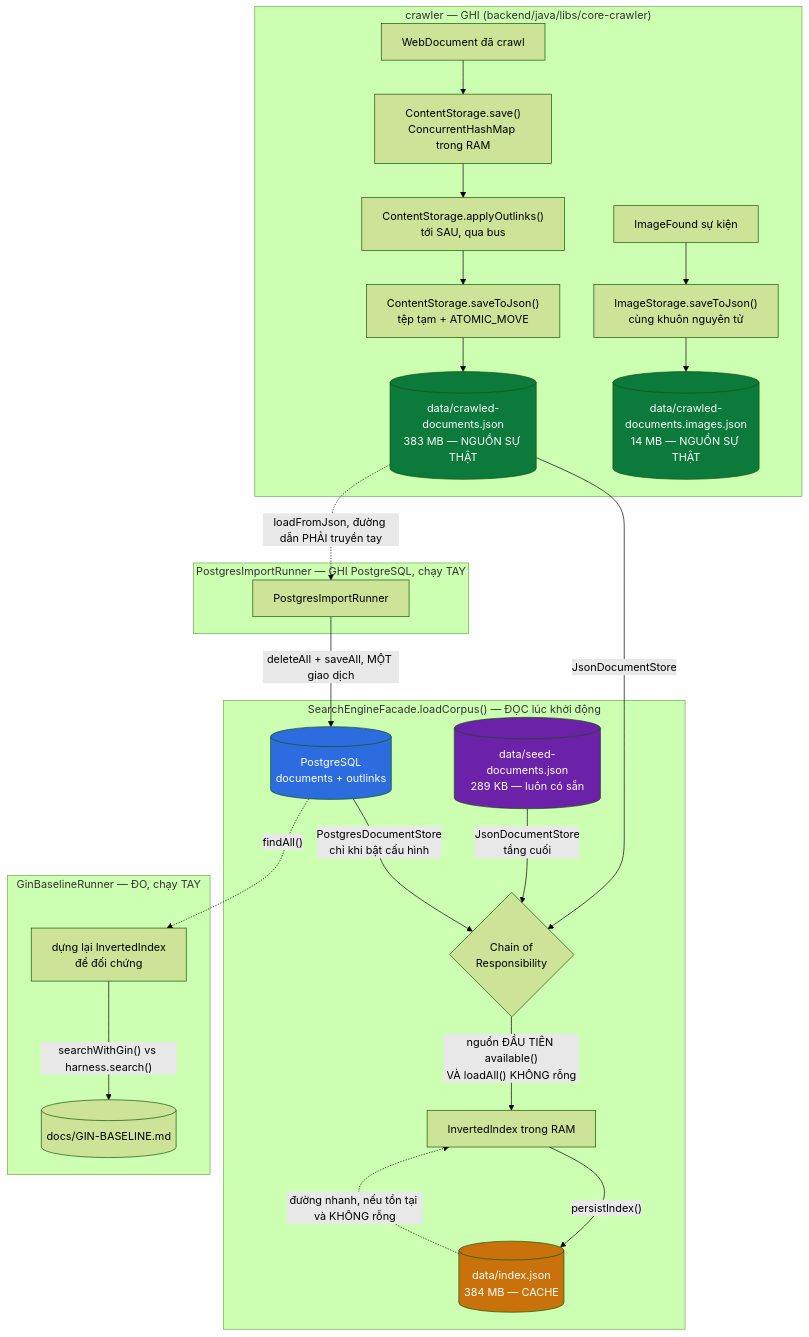
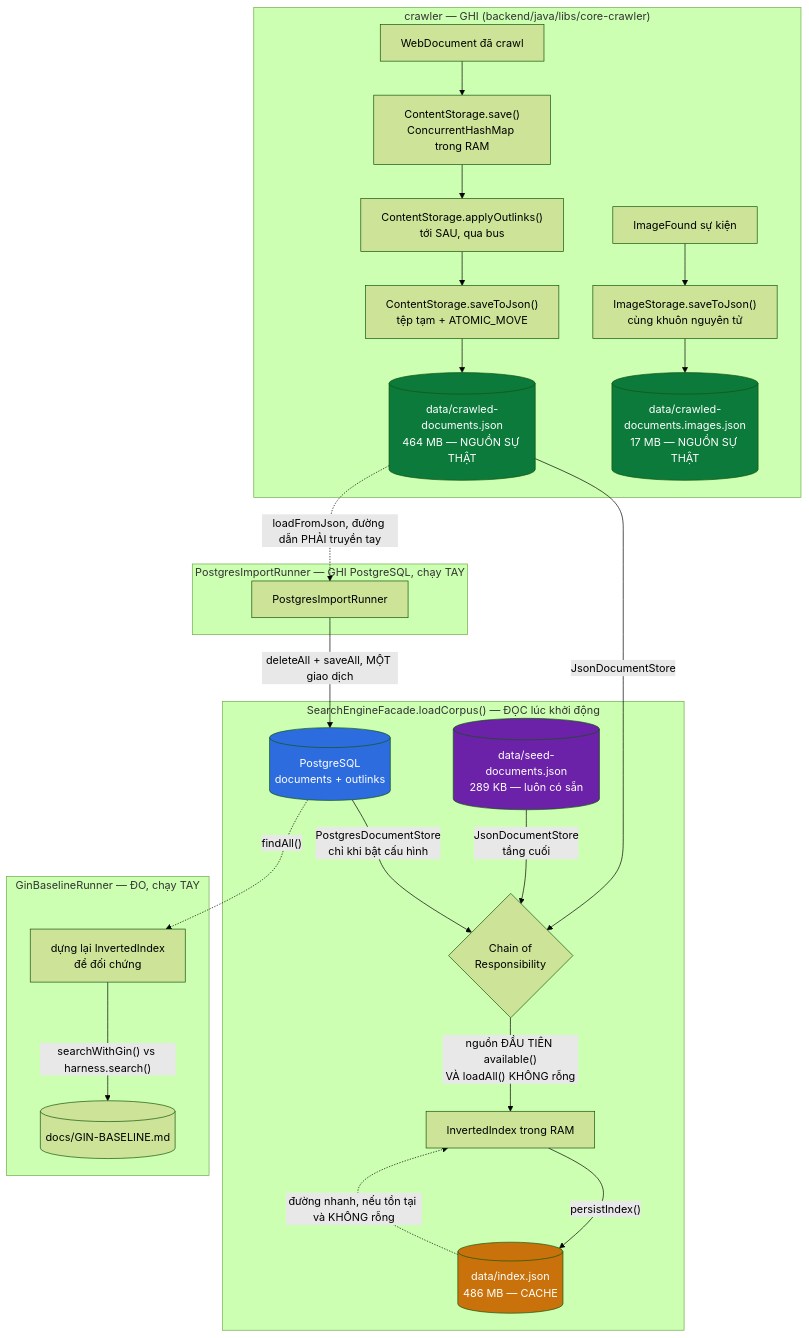
The first of 8 diagrams in docs/STORAGE-PIPELINE.md (KietAnhCS/CocCoc-Plus), drawn with Mermaid (forest theme) before and after one commit. The commit also changed other lines of this file and 4 other files, not shown here.

````diff
--- a/docs/STORAGE-PIPELINE.md
+++ b/docs/STORAGE-PIPELINE.md
@@ -177,39 +189,39 @@
 ```mermaid
 flowchart TD
     subgraph CRAWL["crawler — GHI (backend/java/libs/core-crawler)"]
         WD["WebDocument đã crawl"] --> CS_SAVE["ContentStorage.save()<br/>ConcurrentHashMap trong RAM"]
         CS_SAVE --> CS_OUT["ContentStorage.applyOutlinks()<br/>tới SAU, qua bus"]
         CS_OUT --> CS_JSON["ContentStorage.saveToJson()<br/>tệp tạm + ATOMIC_MOVE"]
-        CS_JSON --> F1[("data/crawled-documents.json<br/>383 MB — NGUỒN SỰ THẬT")]
+        CS_JSON --> F1[("data/crawled-documents.json<br/>464 MB — NGUỒN SỰ THẬT")]
 
         IMG["ImageFound sự kiện"] --> IS_JSON["ImageStorage.saveToJson()<br/>cùng khuôn nguyên tử"]
-        IS_JSON --> F2[("data/crawled-documents.images.json<br/>14 MB — NGUỒN SỰ THẬT")]
+        IS_JSON --> F2[("data/crawled-documents.images.json<br/>17 MB — NGUỒN SỰ THẬT")]
     end
 
     subgraph BOOT["SearchEngineFacade.loadCorpus() — ĐỌC lúc khởi động"]
-        F3[("data/index.json<br/>384 MB — CACHE")]
+        F3[("data/index.json<br/>486 MB — CACHE")]
         F3 -.->|"đường nhanh, nếu tồn tại và KHÔNG rỗng"| IDX["InvertedIndex trong RAM"]
 
         F1 -->|"JsonDocumentStore"| CHAIN
         PG[("PostgreSQL<br/>documents + outlinks")] -->|"PostgresDocumentStore<br/>chỉ khi bật cấu hình"| CHAIN
         SEED[("data/seed-documents.json<br/>289 KB — luôn có sẵn")] -->|"JsonDocumentStore<br/>tầng cuối"| CHAIN{"Chain of<br/>Responsibility"}
         CHAIN -->|"nguồn ĐẦU TIÊN available()<br/>VÀ loadAll() KHÔNG rỗng"| IDX
         IDX -->|"persistIndex()"| F3
     end
 
     subgraph WRITE_PG["PostgresImportRunner — GHI PostgreSQL, chạy TAY"]
         F1 -.->|"loadFromJson, đường dẫn PHẢI truyền tay"| PIR["PostgresImportRunner"]
         PIR -->|"deleteAll + saveAll, MỘT giao dịch"| PG
     end
 
     subgraph GIN["GinBaselineRunner — ĐO, chạy TAY"]
         PG -.->|"findAll()"| GBR["dựng lại InvertedIndex<br/>để đối chứng"]
         GBR -->|"searchWithGin() vs harness.search()"| REPORT[("docs/GIN-BASELINE.md")]
     end
 
     style F1 fill:#0b7a3b,color:#fff
     style F2 fill:#0b7a3b,color:#fff
     style F3 fill:#c9720b,color:#fff
     style PG fill:#2d6cdf,color:#fff
     style SEED fill:#6b21a8,color:#fff
 ```
````
